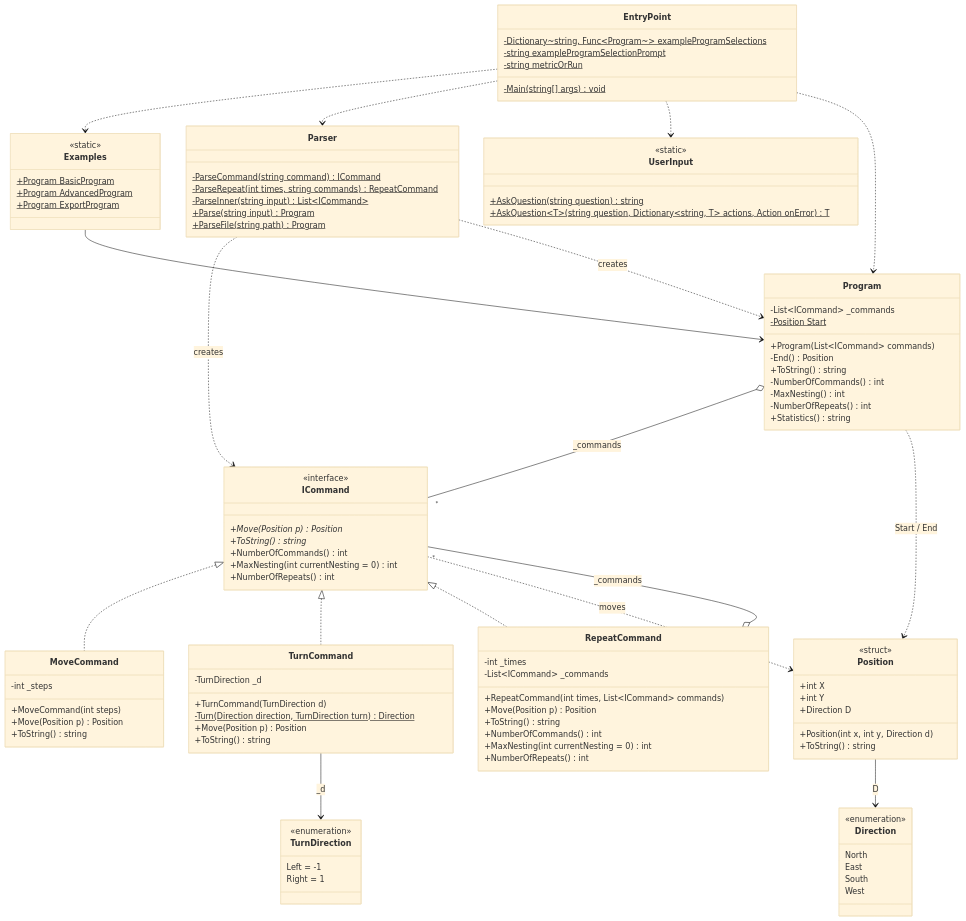
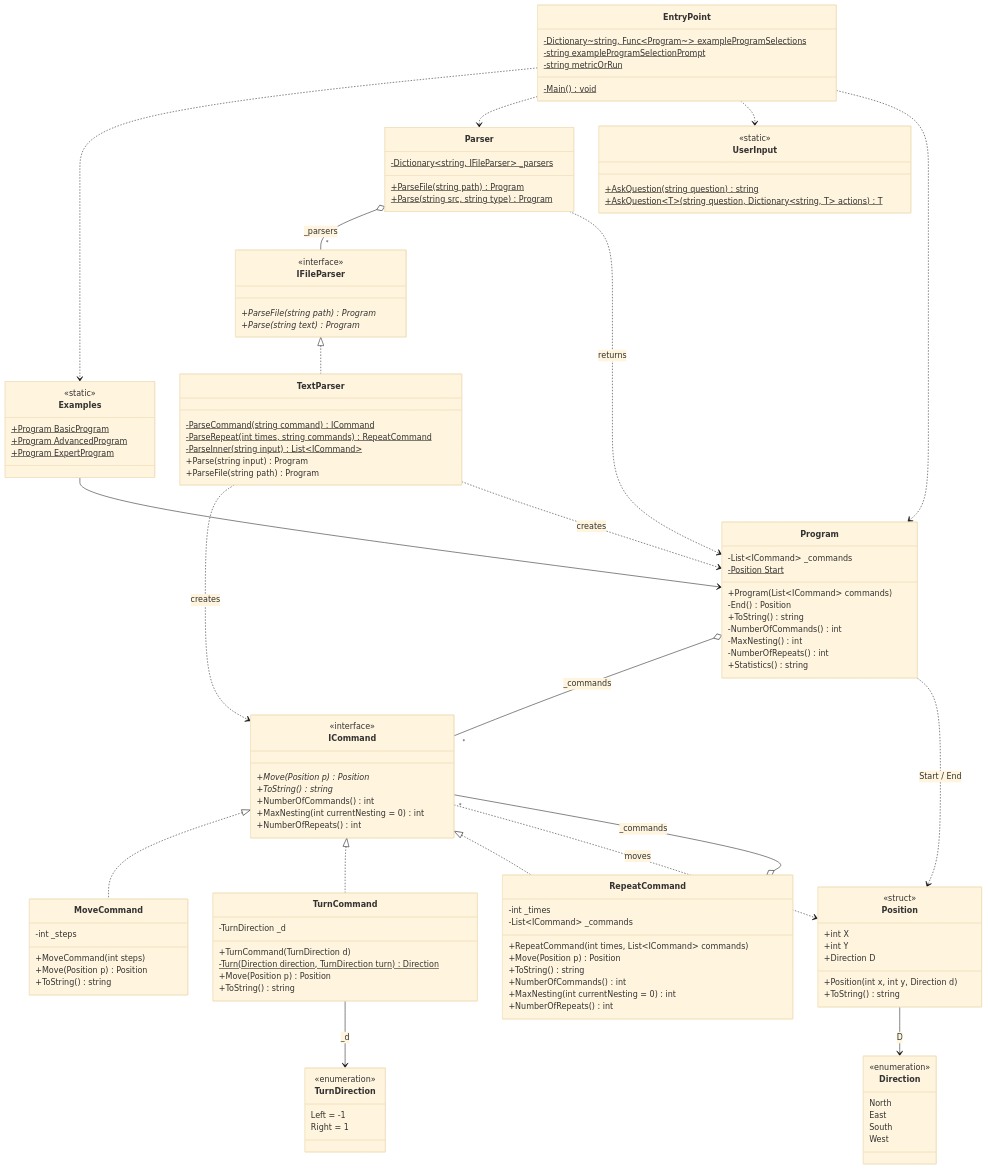
The diagram in docs/ClassDiagram.md (TimvNaarden/SoftwareEngineering), drawn with Mermaid (base theme) before and after one commit. The commit also changed other lines of this file, not shown here.

Commit message:
Updated software diagram

```diff
--- a/docs/ClassDiagram.md
+++ b/docs/ClassDiagram.md
@@ -75,49 +75,64 @@
     }
 
     class Parser {
+        -Dictionary~string, IFileParser~ _parsers$
+        +ParseFile(string path)$ Program
+        +Parse(string src, string type)$ Program
+    }
+
+    class IFileParser {
+        <<interface>>
+        +ParseFile(string path)* Program
+        +Parse(string text)* Program
+    }
+
+    class TextParser {
         -ParseCommand(string command)$ ICommand
         -ParseRepeat(int times, string commands)$ RepeatCommand
         -ParseInner(string input)$ List~ICommand~
-        +Parse(string input)$ Program
-        +ParseFile(string path)$ Program
+        +Parse(string input) Program
+        +ParseFile(string path) Program
     }
 
     class UserInput {
         <<static>>
         +AskQuestion(string question)$ string
-        +AskQuestion~T~(string question, Dictionary~string, T~ actions, Action onError)$ T
+        +AskQuestion~T~(string question, Dictionary~string, T~ actions)$ T
     }
 
     class Examples {
         <<static>>
         +Program BasicProgram$
         +Program AdvancedProgram$
-        +Program ExportProgram$
+        +Program ExpertProgram$
     }
 
     class EntryPoint {
         -Dictionary~string, Func~Program~~ exampleProgramSelections$
         -string exampleProgramSelectionPrompt$
         -string metricOrRun$
-        -Main(string[] args)$ void
+        -Main()$ void
     }
 
     %% Realization
     ICommand <|.. MoveCommand
     ICommand <|.. TurnCommand
     ICommand <|.. RepeatCommand
+    IFileParser <|.. TextParser
 
     %% Structure
     RepeatCommand o-- "*" ICommand : _commands
     Program o-- "*" ICommand : _commands
     Position --> Direction : D
     TurnCommand --> TurnDirection : _d
+    Parser o-- "*" IFileParser : _parsers
 
     %% Usage
     ICommand ..> Position : moves
     Program ..> Position : Start / End
-    Parser ..> ICommand : creates
-    Parser ..> Program : creates
+    Parser ..> Program : returns
+    TextParser ..> ICommand : creates
+    TextParser ..> Program : creates
     Examples --> Program
     EntryPoint ..> Examples
     EntryPoint ..> Parser
```
